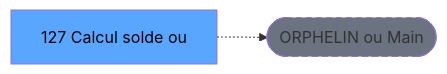
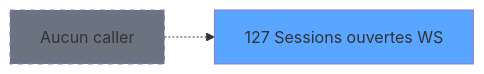
The second of 3 diagrams in .openspec/specs/ADH-IDE-127.md (thonyAGP/magic-migration), drawn with Mermaid before and after one commit. The commit also changed other lines of this file and 311 other files, not shown here.

````diff
--- a/.openspec/specs/ADH-IDE-127.md
+++ b/.openspec/specs/ADH-IDE-127.md
@@ -124,8 +146,8 @@
 ```mermaid
 graph LR
-    T[127 Calcul solde ou]
-    ORPHAN([ORPHELIN ou Main])
-    T -.-> ORPHAN
-    style T fill:#58a6ff,color:#000
-    style ORPHAN fill:#6b7280,stroke-dasharray: 5 5
+    T127[127 Sessions ouvertes WS]
+    style T127 fill:#58a6ff
+    NONE[Aucun caller]
+    NONE -.-> T127
+    style NONE fill:#6b7280,stroke-dasharray: 5 5
 ```
````
